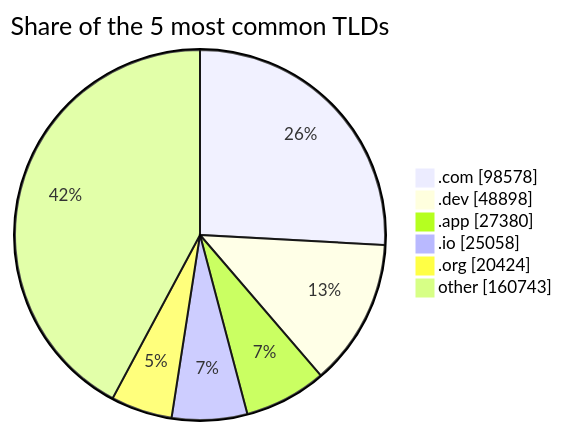
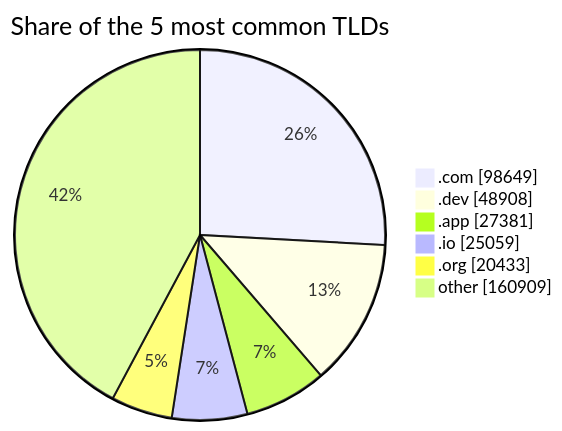
One commit to DNSBunker/CTI changed the third of 3 diagrams in README.md. Above: the diagram before and after it, drawn with Mermaid. The commit also changed other lines of this file and 3 other files, not shown here.

````diff
--- a/README.md
+++ b/README.md
@@ -81,9 +81,9 @@
 ```mermaid
 pie showData title Share of the 5 most common TLDs
-    ".com" : 98578
-    ".dev" : 48898
-    ".app" : 27380
-    ".io" : 25058
-    ".org" : 20424
-    "other" : 160743
+    ".com" : 98649
+    ".dev" : 48908
+    ".app" : 27381
+    ".io" : 25059
+    ".org" : 20433
+    "other" : 160909
 ```
````
